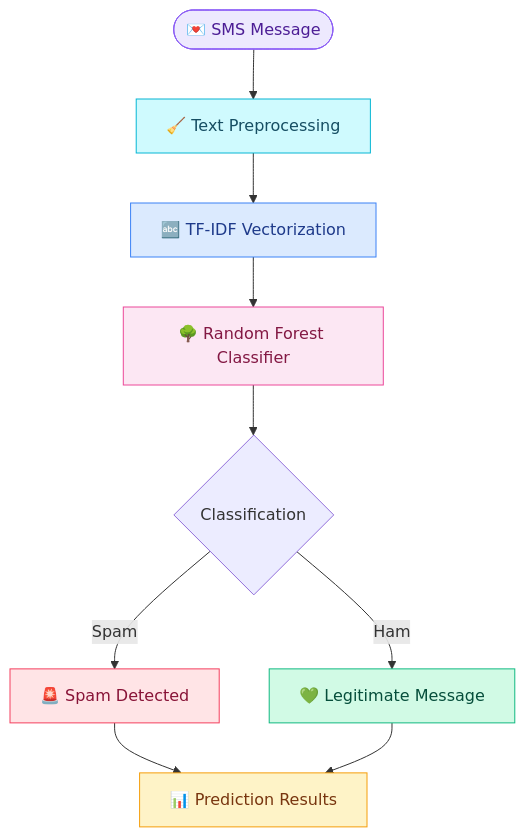
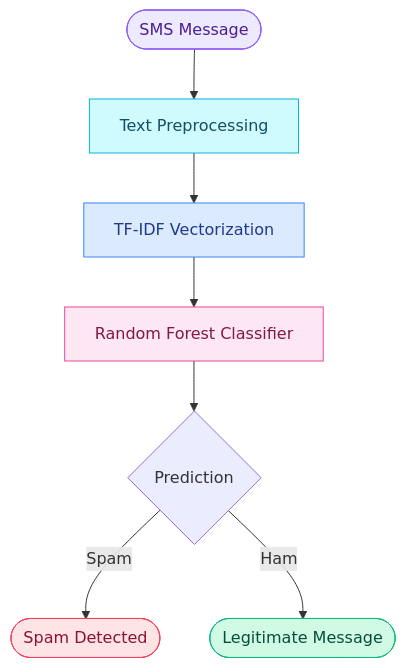
Before and after one commit to Shashikala-11/SpamShield: the first of 2 diagrams in README.md, drawn with Mermaid. The commit also changed other lines of this file, not shown here.

````diff
--- a/README.md
+++ b/README.md
@@ -158,19 +182,16 @@
 ```mermaid
 flowchart TD
-    A(["💌 SMS Message"]) --> B["🧹 Text Preprocessing"]
-    B --> C["🔤 TF-IDF Vectorization"]
-    C --> D["🌳 Random Forest Classifier"]
-    D --> E{"Classification"}
-    E -->|Spam| F["🚨 Spam Detected"]
-    E -->|Ham| G["💚 Legitimate Message"]
-    F --> H["📊 Prediction Results"]
-    G --> H
+    A(["SMS Message"]) --> B["Text Preprocessing"]
+    B --> C["TF-IDF Vectorization"]
+    C --> D["Random Forest Classifier"]
+    D --> E{"Prediction"}
+    E -->|Spam| F(["Spam Detected"])
+    E -->|Ham| G(["Legitimate Message"])
 
     style A fill:#EDE9FE,stroke:#8B5CF6,color:#4C1D95
     style B fill:#CFFAFE,stroke:#06B6D4,color:#164E63
     style C fill:#DBEAFE,stroke:#3B82F6,color:#1E3A8A
     style D fill:#FCE7F3,stroke:#EC4899,color:#831843
     style F fill:#FFE4E6,stroke:#F43F5E,color:#881337
     style G fill:#D1FAE5,stroke:#10B981,color:#064E3B
-    style H fill:#FEF3C7,stroke:#F59E0B,color:#78350F
 ```
````
